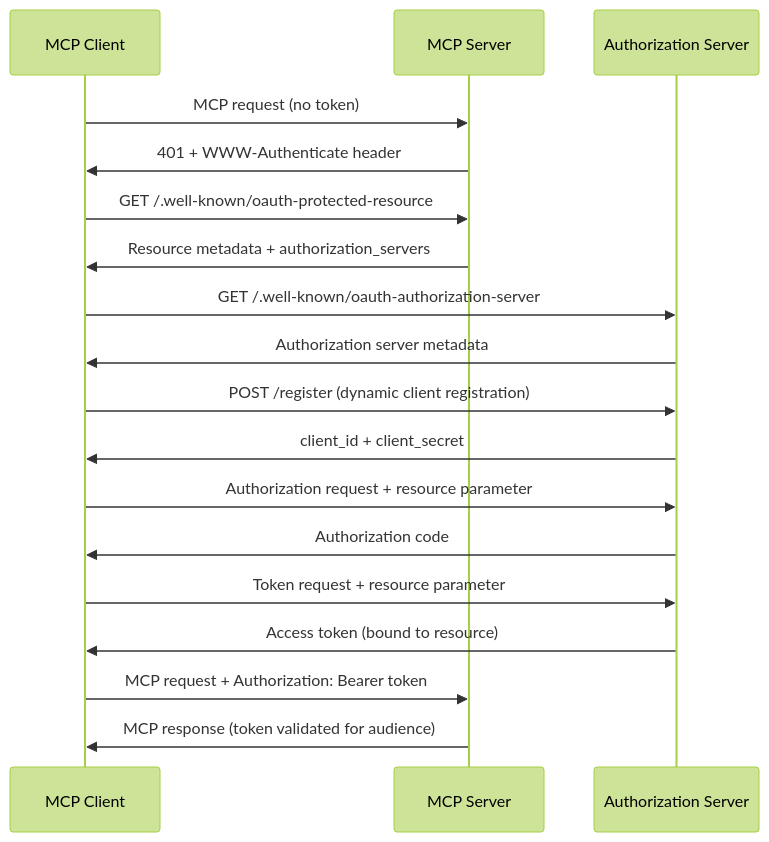
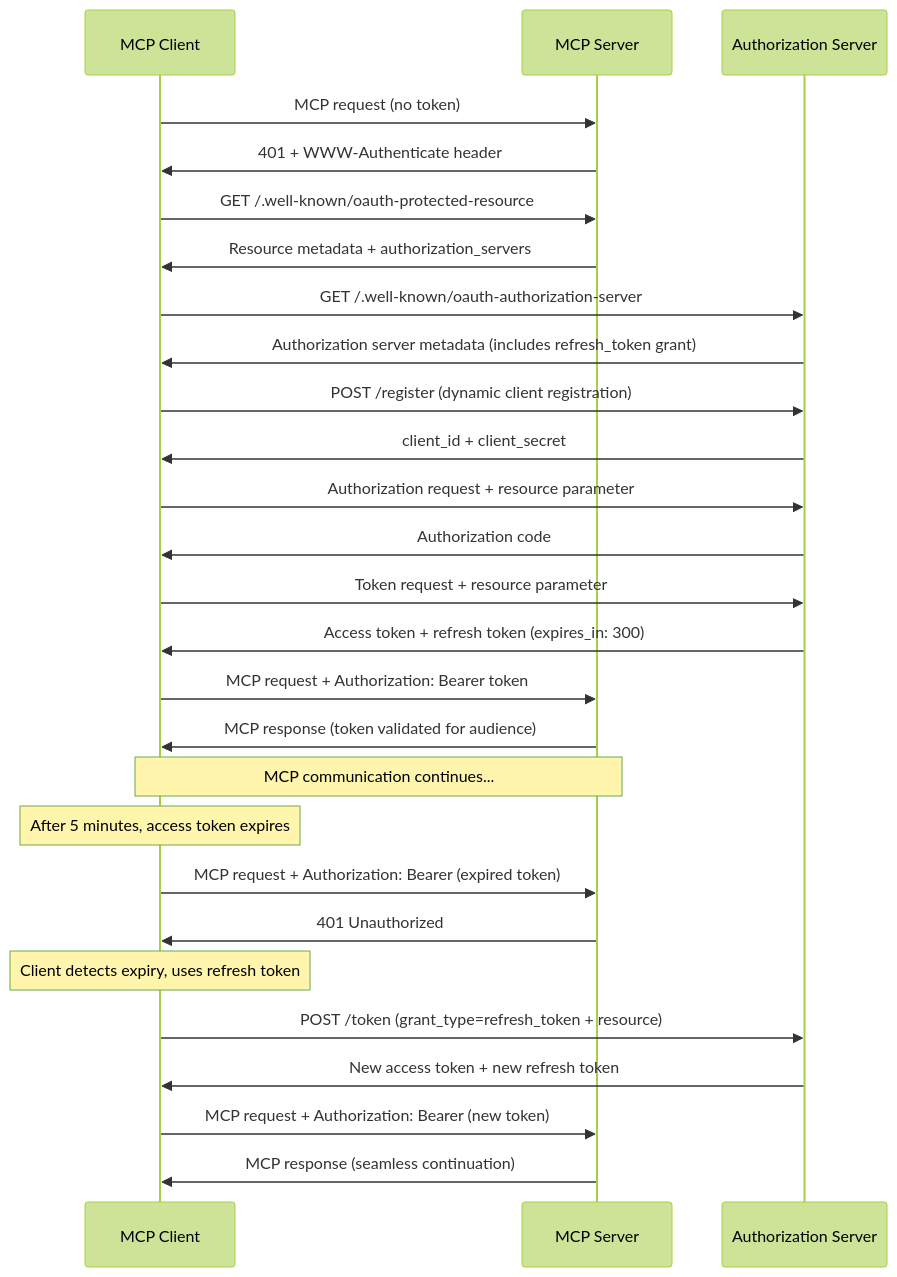
The diagram in MCP_IMPLEMENTATION_ANALYSIS.md (raxITai/mcp-oauth-sample), drawn with Mermaid (forest theme) before and after one commit. The commit also changed other lines of this file and 2 other files, not shown here.

````diff
--- a/MCP_IMPLEMENTATION_ANALYSIS.md
+++ b/MCP_IMPLEMENTATION_ANALYSIS.md
@@ -137,27 +138,40 @@
 ```mermaid
 sequenceDiagram
     participant C as MCP Client
     participant M as MCP Server
     participant A as Authorization Server
 
     C->>M: MCP request (no token)
     M->>C: 401 + WWW-Authenticate header
     
     C->>M: GET /.well-known/oauth-protected-resource
     M->>C: Resource metadata + authorization_servers
     
     C->>A: GET /.well-known/oauth-authorization-server  
-    A->>C: Authorization server metadata
+    A->>C: Authorization server metadata (includes refresh_token grant)
     
     C->>A: POST /register (dynamic client registration)
     A->>C: client_id + client_secret
     
     C->>A: Authorization request + resource parameter
     A->>C: Authorization code
     
     C->>A: Token request + resource parameter
-    A->>C: Access token (bound to resource)
+    A->>C: Access token + refresh token (expires_in: 300)
     
     C->>M: MCP request + Authorization: Bearer token
     M->>C: MCP response (token validated for audience)
+    
+    Note over C,M: MCP communication continues...
+    Note over C: After 5 minutes, access token expires
+    
+    C->>M: MCP request + Authorization: Bearer (expired token)
+    M->>C: 401 Unauthorized
+    
+    Note over C: Client detects expiry, uses refresh token
+    C->>A: POST /token (grant_type=refresh_token + resource)
+    A->>C: New access token + new refresh token
+    
+    C->>M: MCP request + Authorization: Bearer (new token)
+    M->>C: MCP response (seamless continuation)
 ```
````
